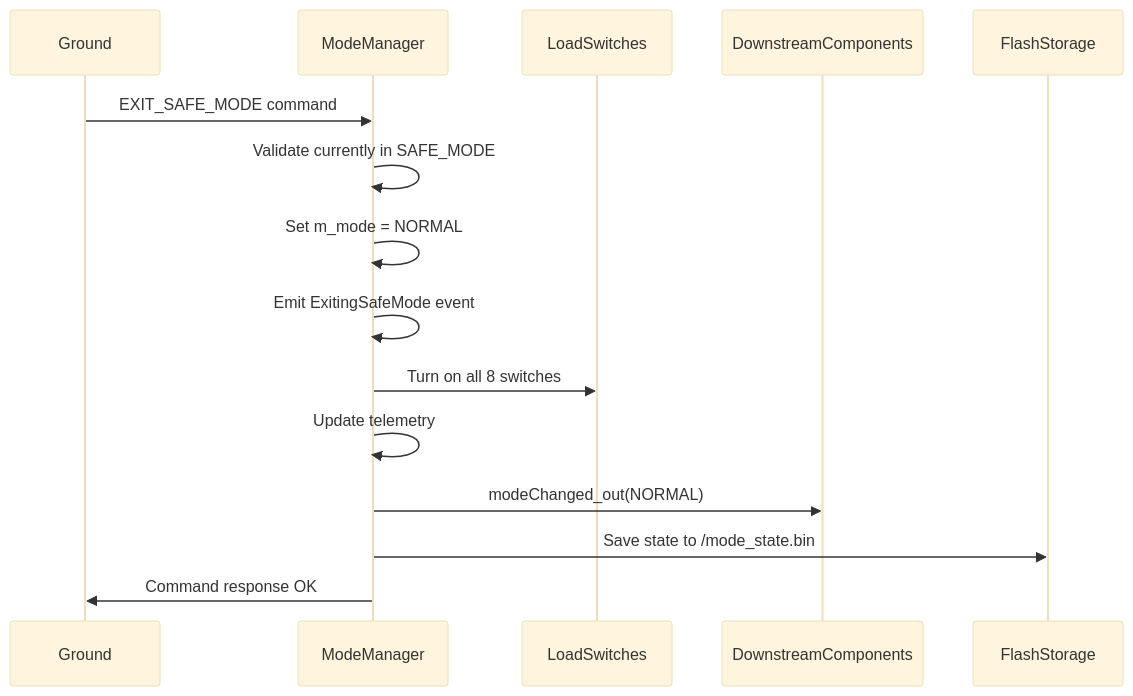
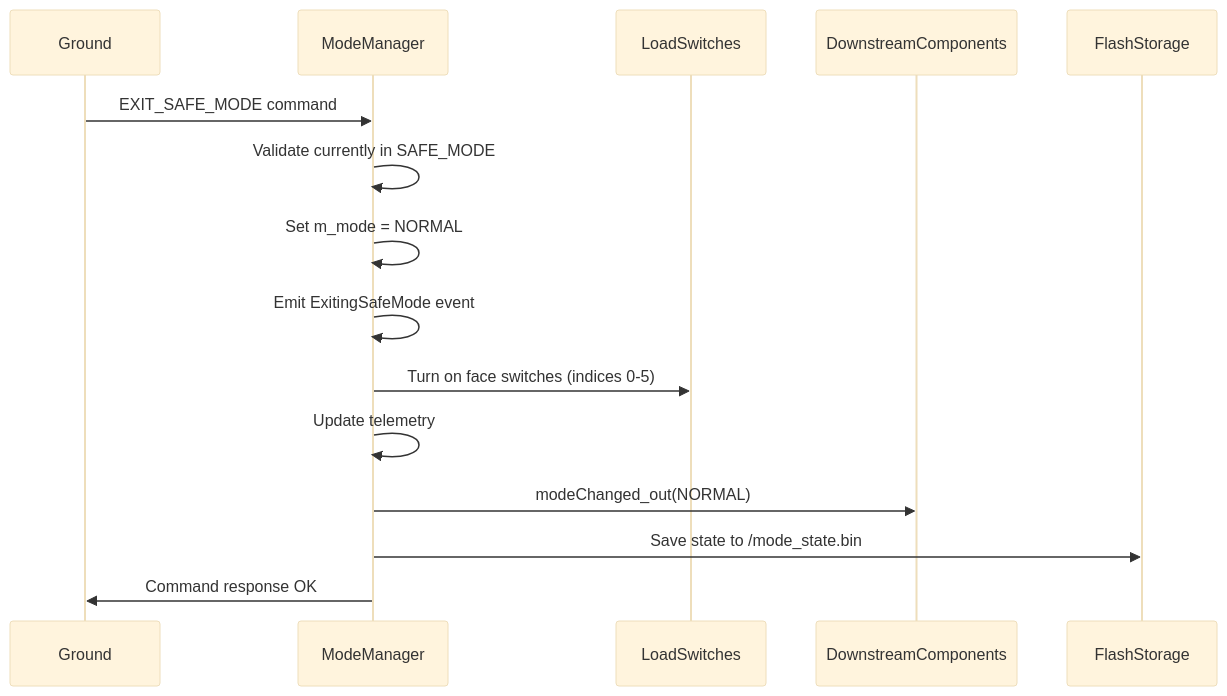
The fourth of 8 diagrams in FprimeZephyrReference/Components/ModeManager/docs/sdd.md (Open-Source-Space-Foundation/proves-core-reference), drawn with Mermaid (base theme) before and after one commit. The commit also changed other lines of this file and 1 other file, not shown here.

Commit message:
fix restore payload - face issues, update sdd

````diff
--- a/FprimeZephyrReference/Components/ModeManager/docs/sdd.md
+++ b/FprimeZephyrReference/Components/ModeManager/docs/sdd.md
@@ -224,18 +225,18 @@
 ```mermaid
 sequenceDiagram
     participant Ground
     participant ModeManager
     participant LoadSwitches
     participant DownstreamComponents
     participant FlashStorage
 
     Ground->>ModeManager: EXIT_SAFE_MODE command
     ModeManager->>ModeManager: Validate currently in SAFE_MODE
     ModeManager->>ModeManager: Set m_mode = NORMAL
     ModeManager->>ModeManager: Emit ExitingSafeMode event
-    ModeManager->>LoadSwitches: Turn on all 8 switches
+    ModeManager->>LoadSwitches: Turn on face switches (indices 0-5)
     ModeManager->>ModeManager: Update telemetry
     ModeManager->>DownstreamComponents: modeChanged_out(NORMAL)
     ModeManager->>FlashStorage: Save state to /mode_state.bin
     ModeManager->>Ground: Command response OK
 ```
````
